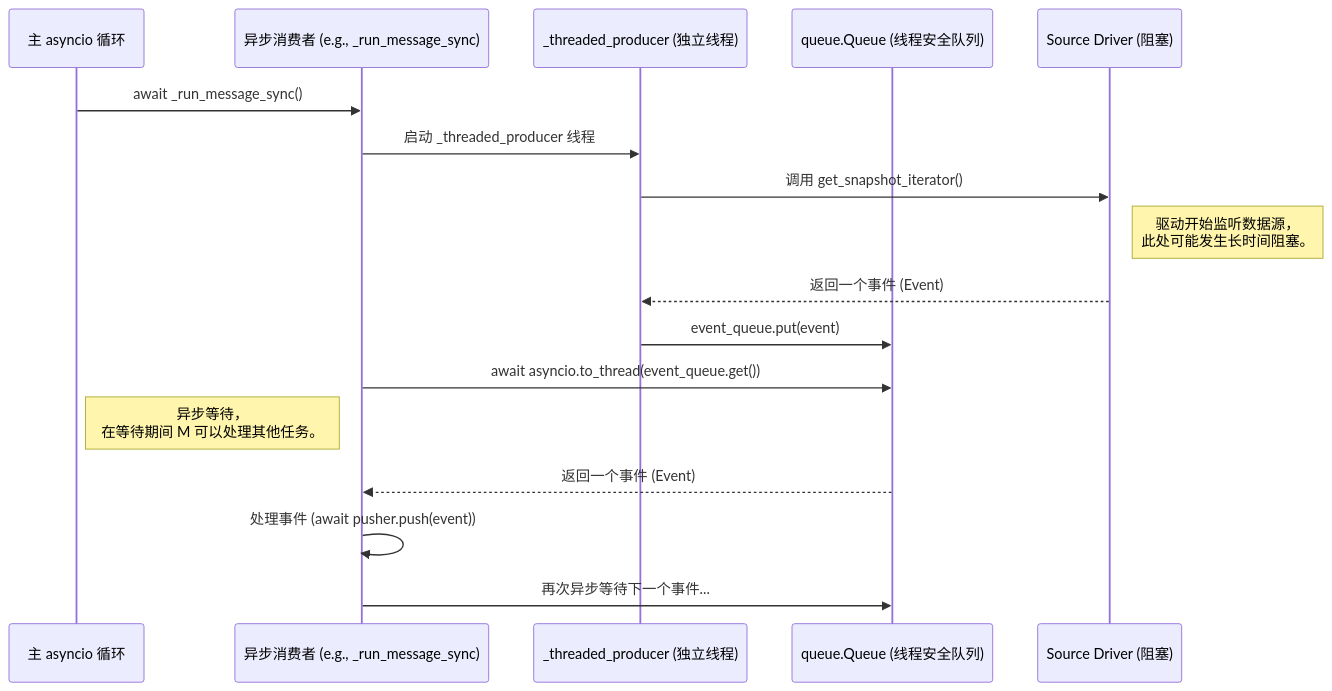
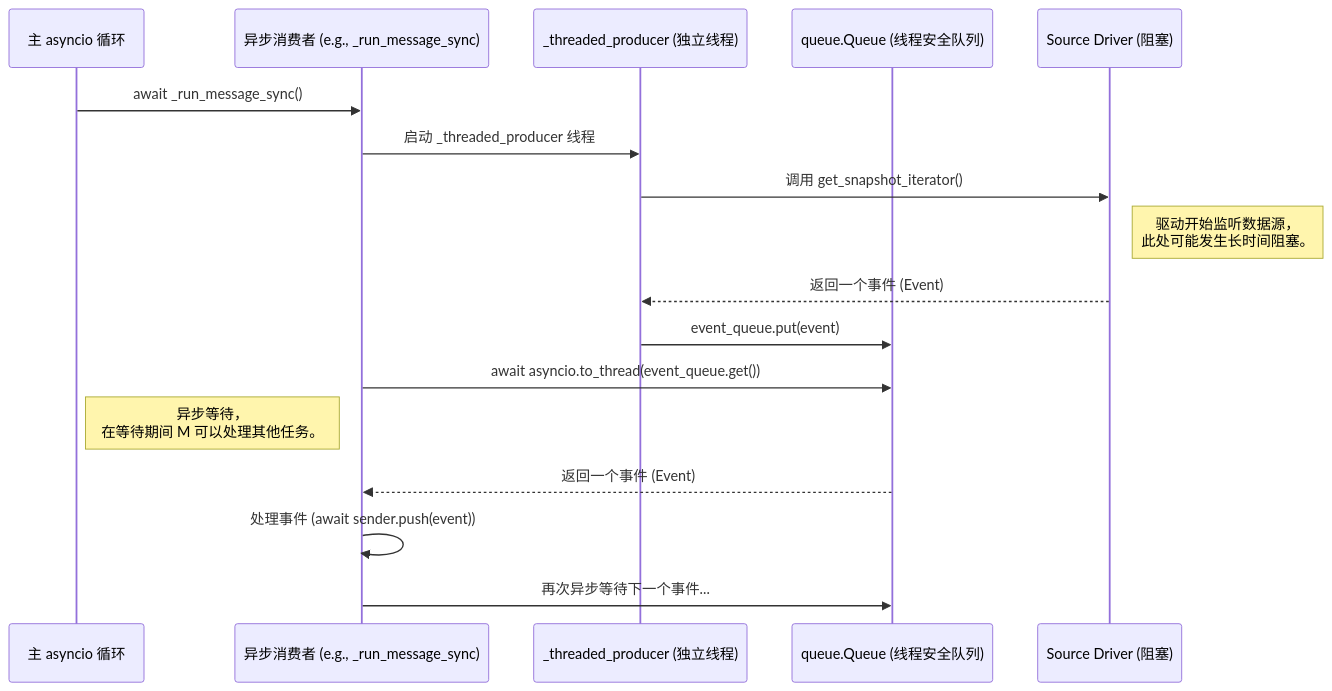
Before and after one commit to excelwang/fustor: the first of 2 diagrams in agent/docs/architecture/concurrency.md, drawn with Mermaid. The commit also changed other lines of this file and 11 other files, not shown here.

````diff
--- a/agent/docs/architecture/concurrency.md
+++ b/agent/docs/architecture/concurrency.md
@@ -17,21 +17,21 @@
 ```mermaid
 sequenceDiagram
     participant M as 主 asyncio 循环
     participant P as 异步消费者 (e.g., _run_message_sync)
     participant T as _threaded_producer (独立线程)
     participant Q as queue.Queue (线程安全队列)
     participant D as Source Driver (阻塞)
 
     M->>P: await _run_message_sync()
     P->>T: 启动 _threaded_producer 线程 
     T->>D: 调用 get_snapshot_iterator()
     Note right of D: 驱动开始监听数据源，<br>此处可能发生长时间阻塞。
     D-->>T: 返回一个事件 (Event)
     T->>Q: event_queue.put(event)
 
     P->>Q: await asyncio.to_thread(event_queue.get())
     Note left of P: 异步等待，<br>在等待期间 M 可以处理其他任务。 
     Q-->>P: 返回一个事件 (Event)
-    P->>P: 处理事件 (await pusher.push(event))
+    P->>P: 处理事件 (await sender.push(event))
     P->>Q: 再次异步等待下一个事件...
 ```
````
